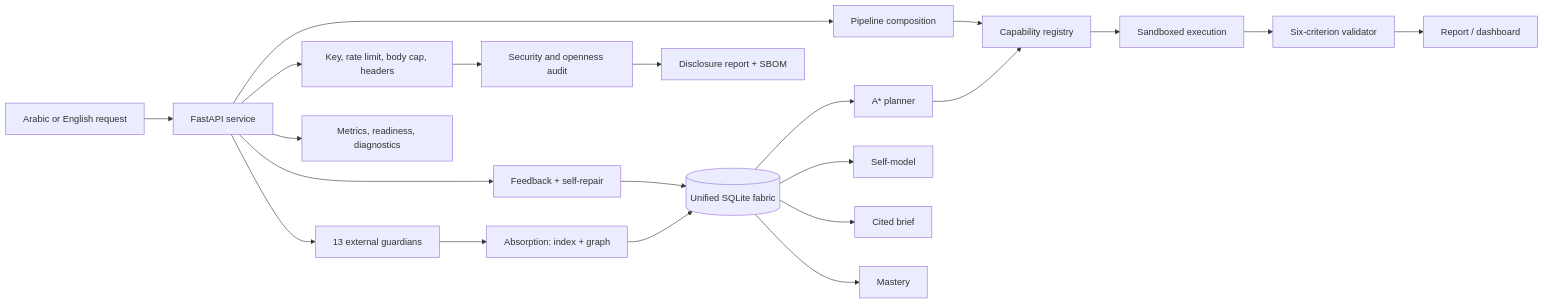
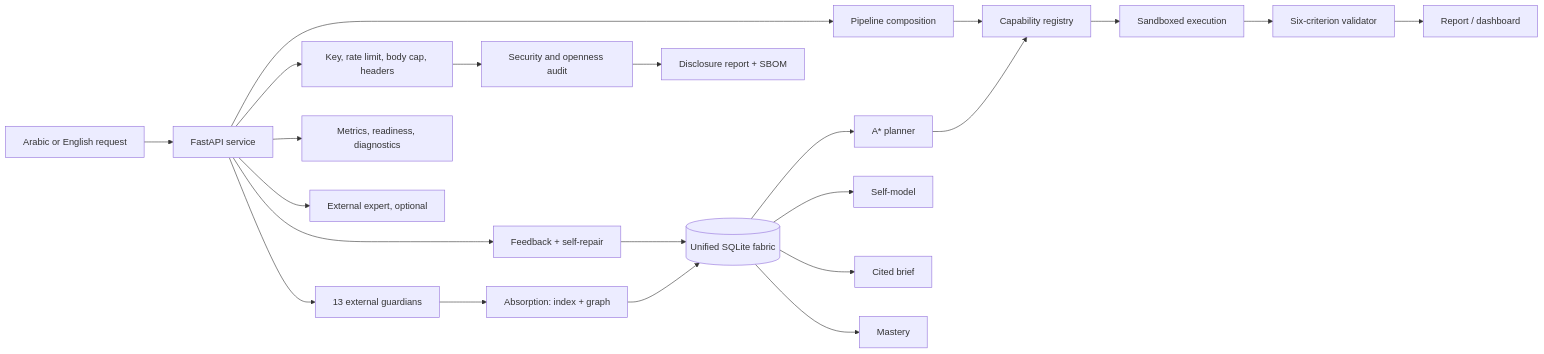
Before and after one commit to mansourhashad8-tech/sovereign-fabric: the diagram in docs/ARCHITECTURE.md, drawn with Mermaid. The commit also changed other lines of this file and 11 other files, not shown here.

First line of the commit message:
Add external expert consultation and an exact quantum simulator

````diff
--- a/docs/ARCHITECTURE.md
+++ b/docs/ARCHITECTURE.md
@@ -3,23 +3,24 @@
 ```mermaid
 flowchart LR
   U[Arabic or English request] --> API[FastAPI service]
   API --> G[13 external guardians]
   G --> A[Absorption: index + graph]
   A --> F[(Unified SQLite fabric)]
   F --> P[A* planner]
   P --> C[Capability registry]
   C --> X[Sandboxed execution]
   API --> PL[Pipeline composition]
   PL --> C
   X --> V[Six-criterion validator]
   V --> R[Report / dashboard]
   F --> S[Self-model]
   F --> B[Cited brief]
   F --> M[Mastery]
   API --> GUARD[Key, rate limit, body cap, headers]
   API --> OPS[Metrics, readiness, diagnostics]
+  API --> EX[External expert, optional]
   API --> FB[Feedback + self-repair]
   FB --> F
   GUARD --> SEC[Security and openness audit]
   SEC --> D[Disclosure report + SBOM]
 ```
````
